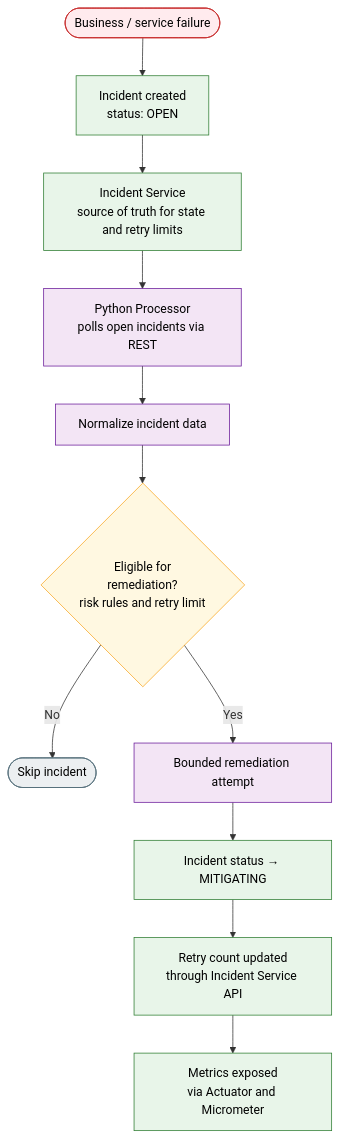
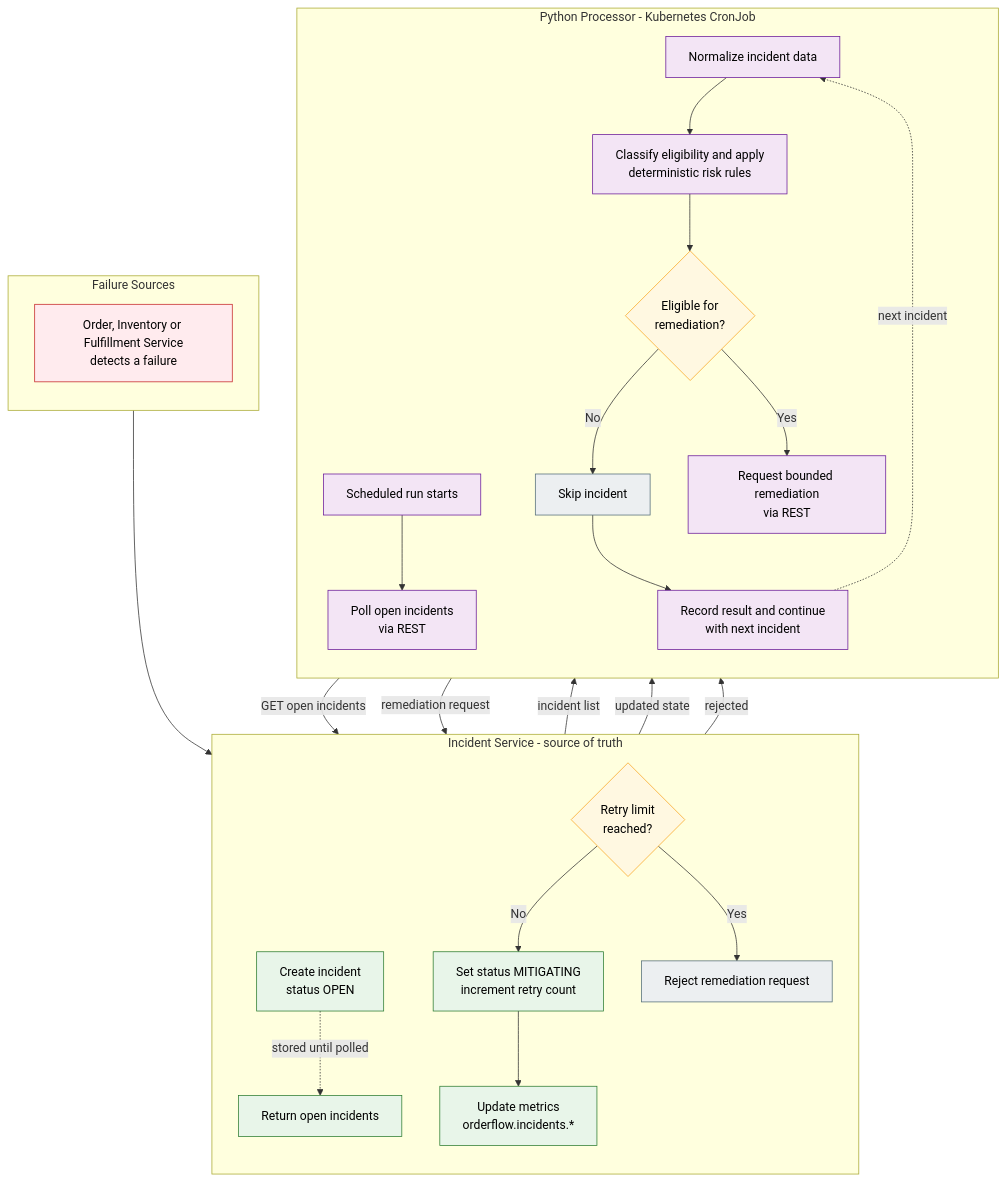
One commit to ganesh-2212/orderflow-cloud-platform changed the third of 7 diagrams in README.md. Above: the diagram before and after it, drawn with Mermaid. The commit also changed other lines of this file, not shown here.

````diff
--- a/README.md
+++ b/README.md
@@ -127,24 +163,57 @@
 ```mermaid
-flowchart TD
-    A(["Business / service failure"]) --> B["Incident created<br/>status: OPEN"]
-    B --> C["Incident Service<br/>source of truth for state and retry limits"]
-    C --> D["Python Processor<br/>polls open incidents via REST"]
-    D --> E["Normalize incident data"]
-    E --> F{"Eligible for<br/>remediation?<br/>risk rules and retry limit"}
-    F -- No --> G(["Skip incident"])
-    F -- Yes --> H["Bounded remediation attempt"]
-    H --> I["Incident status → MITIGATING"]
-    I --> J["Retry count updated<br/>through Incident Service API"]
-    J --> K["Metrics exposed<br/>via Actuator and Micrometer"]
+flowchart TB
+    subgraph SOURCE["Failure Sources"]
+        direction TB
+        S1["Order, Inventory or Fulfillment Service<br/>detects a failure"]
+    end
 
-    classDef start fill:#ffebee,stroke:#c62828,color:#000
+    subgraph INCSVC["Incident Service - source of truth"]
+        direction TB
+        C1["Create incident<br/>status OPEN"]
+        C2["Return open incidents"]
+        C3{"Retry limit<br/>reached?"}
+        C4["Set status MITIGATING<br/>increment retry count"]
+        C5["Reject remediation request"]
+        C6["Update metrics<br/>orderflow.incidents.*"]
+    end
+
+    subgraph PROC["Python Processor - Kubernetes CronJob"]
+        direction TB
+        P1["Scheduled run starts"]
+        P2["Poll open incidents<br/>via REST"]
+        P3["Normalize incident data"]
+        P4["Classify eligibility and apply<br/>deterministic risk rules"]
+        P5{"Eligible for<br/>remediation?"}
+        P6["Skip incident"]
+        P7["Request bounded remediation<br/>via REST"]
+        P8["Record result and continue<br/>with next incident"]
+    end
+
+    S1 --> C1
+    C1 -.->|"stored until polled"| C2
+    P1 --> P2
+    P2 -->|"GET open incidents"| C2
+    C2 -->|"incident list"| P3
+    P3 --> P4 --> P5
+    P5 -->|"No"| P6
+    P5 -->|"Yes"| P7
+    P7 -->|"remediation request"| C3
+    C3 -->|"No"| C4
+    C3 -->|"Yes"| C5
+    C4 --> C6
+    C4 -->|"updated state"| P8
+    C5 -->|"rejected"| P8
+    P6 --> P8
+    P8 -.->|"next incident"| P3
+
+    classDef src fill:#ffebee,stroke:#c62828,color:#000
     classDef svc fill:#e8f5e9,stroke:#2e7d32,color:#000
     classDef auto fill:#f3e5f5,stroke:#6a1b9a,color:#000
     classDef decision fill:#fff8e1,stroke:#f9a825,color:#000
-    classDef end1 fill:#eceff1,stroke:#546e7a,color:#000
-    class A start
-    class B,C,I,J,K svc
-    class D,E,H auto
-    class F decision
-    class G end1
+    classDef neutral fill:#eceff1,stroke:#546e7a,color:#000
+    class S1 src
+    class C1,C2,C4,C6 svc
+    class C5,P6 neutral
+    class P1,P2,P3,P4,P7,P8 auto
+    class C3,P5 decision
 ```
````
